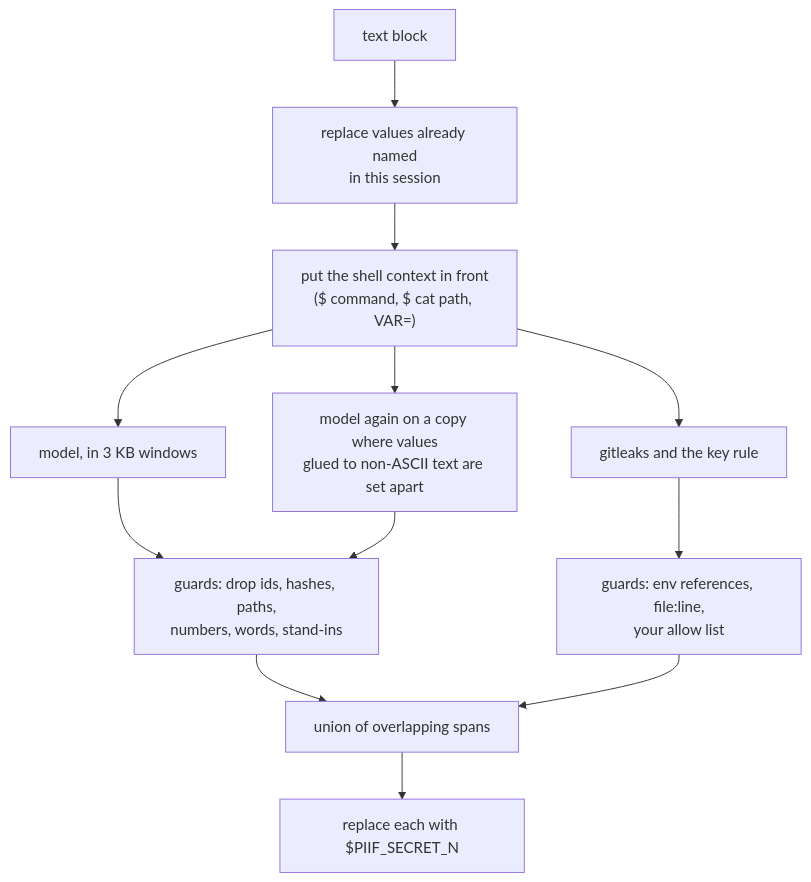
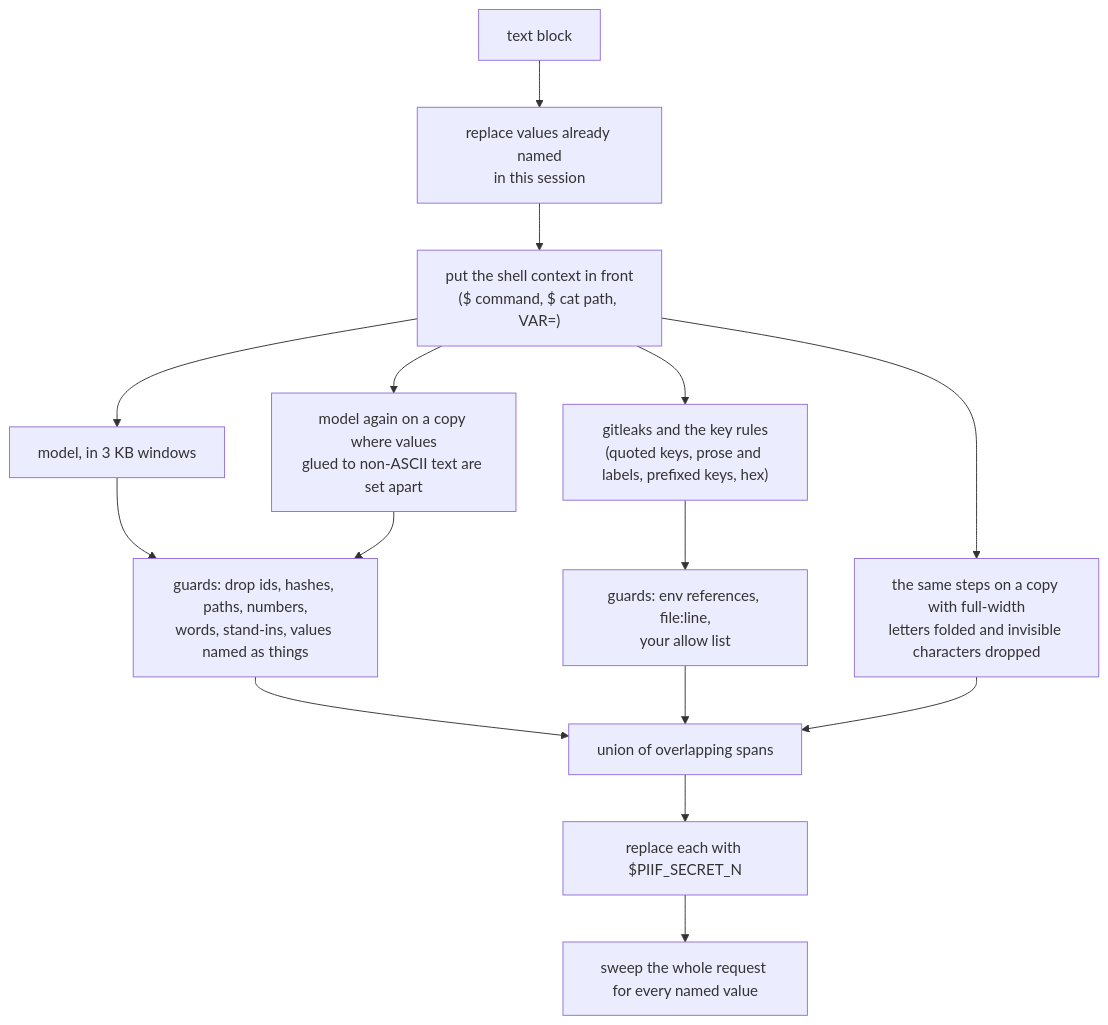
Before and after one commit to sandiiarov/piifence: the third of 3 diagrams in README.md, drawn with Mermaid. The commit also changed other lines of this file and 30 other files, not shown here.

First line of the commit message:
Switch to Scrub, add key rules, keep names on resume

````diff
--- a/README.md
+++ b/README.md
@@ -150,14 +156,17 @@
 ```mermaid
 flowchart TD
     text[text block] --> known["replace values already named<br/>in this session"]
     known --> ctx["put the shell context in front<br/>($ command, $ cat path, VAR=)"]
     ctx --> model["model, in 3 KB windows"]
     ctx --> iso["model again on a copy where values<br/>glued to non-ASCII text are set apart"]
-    ctx --> rules[gitleaks and the key rule]
-    model --> guards["guards: drop ids, hashes, paths,<br/>numbers, words, stand-ins"]
+    ctx --> rules["gitleaks and the key rules<br/>(quoted keys, prose and labels, prefixed keys, hex)"]
+    ctx --> fold["the same steps on a copy with full-width<br/>letters folded and invisible characters dropped"]
+    model --> guards["guards: drop ids, hashes, paths, numbers,<br/>words, stand-ins, values named as things"]
     iso --> guards
     rules --> allow["guards: env references, file:line,<br/>your allow list"]
     guards --> union[union of overlapping spans]
     allow --> union
+    fold --> union
     union --> name["replace each with $PIIF_SECRET_N"]
+    name --> sweep["sweep the whole request for every named value"]
 ```
````
